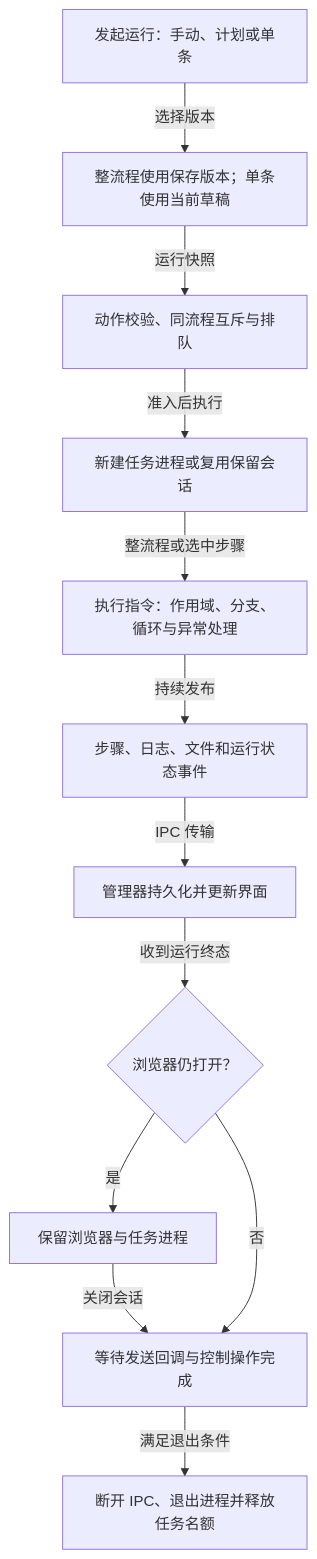
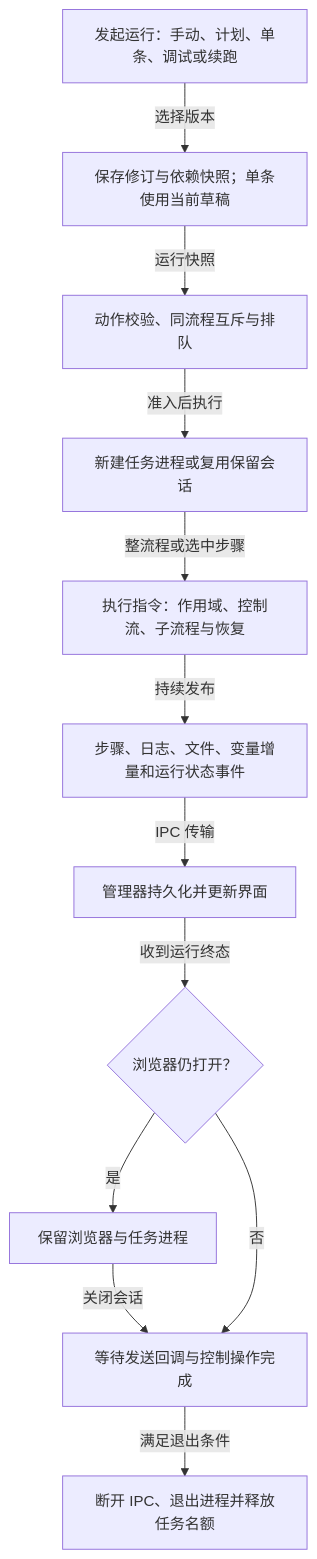
The diagram in docs/流程执行图.md (Lemon1-8/RPA_person), drawn with Mermaid before and after one commit. The commit also changed other lines of this file and 8 other files, not shown here.

````diff
--- a/docs/流程执行图.md
+++ b/docs/流程执行图.md
@@ -7,14 +7,14 @@
 ```mermaid
 flowchart TD
-  trigger[发起运行：手动、计划或单条] -->|选择版本| snapshot[整流程使用保存版本；单条使用当前草稿]
+  trigger[发起运行：手动、计划、单条、调试或续跑] -->|选择版本| snapshot[保存修订与依赖快照；单条使用当前草稿]
   snapshot -->|运行快照| admission[动作校验、同流程互斥与排队]
   admission -->|准入后执行| worker[新建任务进程或复用保留会话]
-  worker -->|整流程或选中步骤| execute[执行指令：作用域、分支、循环与异常处理]
-  execute -->|持续发布| events[步骤、日志、文件和运行状态事件]
+  worker -->|整流程或选中步骤| execute[执行指令：作用域、控制流、子流程与恢复]
+  execute -->|持续发布| events[步骤、日志、文件、变量增量和运行状态事件]
   events -->|IPC 传输| record[管理器持久化并更新界面]
   record -->|收到运行终态| session{浏览器仍打开？}
   session -->|是| retained[保留浏览器与任务进程]
   retained -->|关闭会话| drain[等待发送回调与控制操作完成]
   session -->|否| drain
   drain -->|满足退出条件| exit[断开 IPC、退出进程并释放任务名额]
 ```
````
